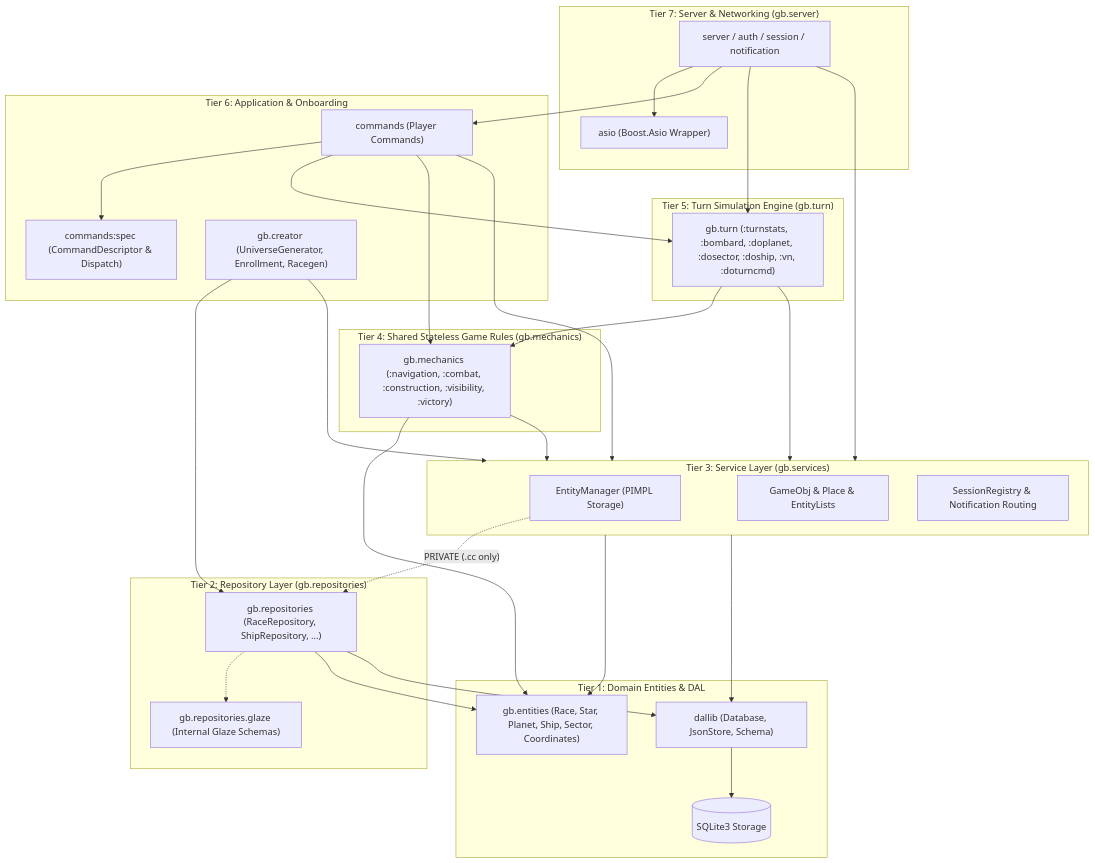
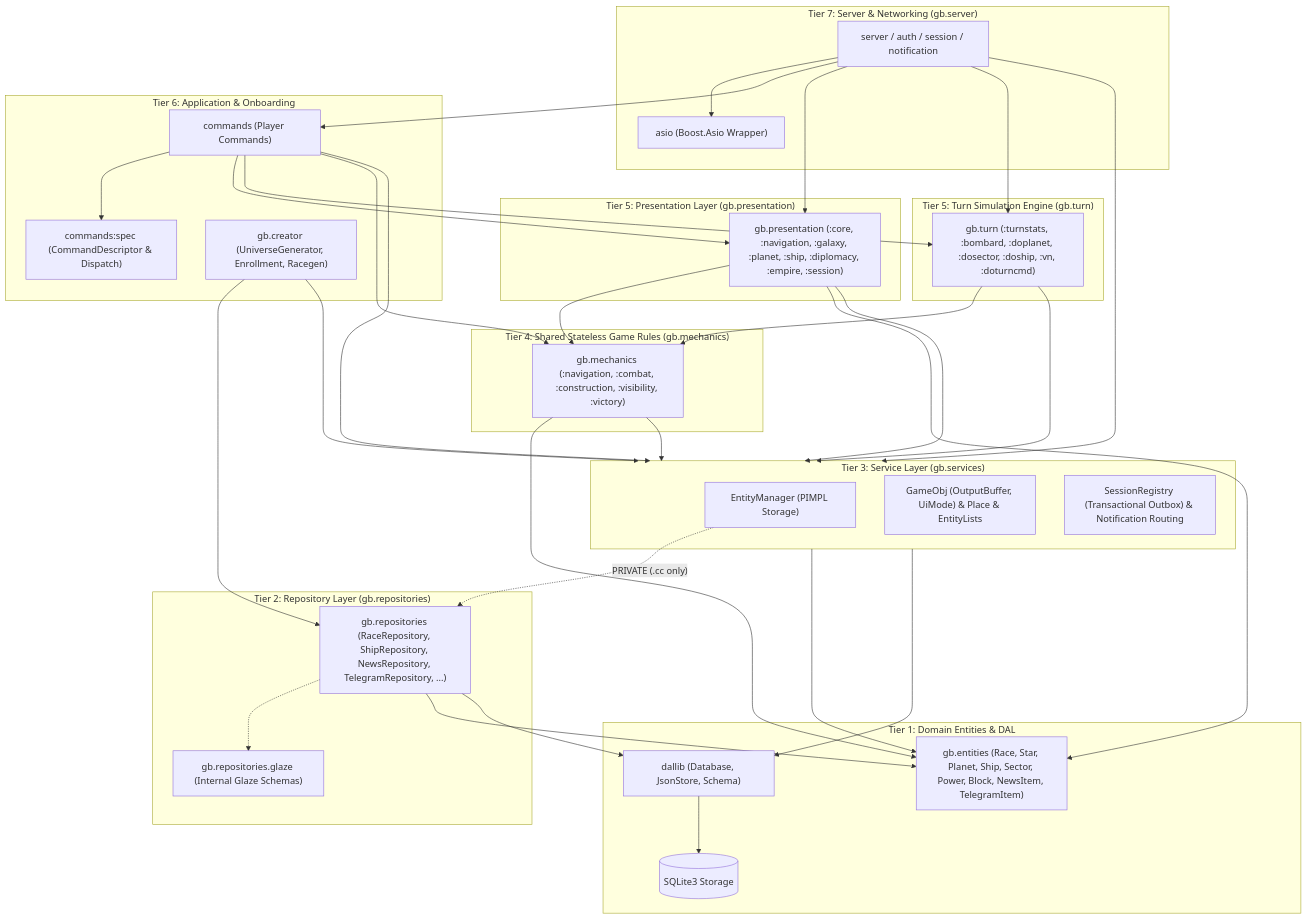
The fourth of 4 diagrams in ARCHITECTURE.md (kaladron/galactic-bloodshed), drawn with Mermaid before and after one commit. The commit also changed other lines of this file and 34 other files, not shown here.

First line of the commit message:
[gb] Synchronize architecture, skill, and domain docs with UI separation

````diff
--- a/ARCHITECTURE.md
+++ b/ARCHITECTURE.md
@@ -675,66 +684,76 @@
 ```mermaid
 graph TD
     subgraph ServerLayer ["Tier 7: Server & Networking (gb.server)"]
         Server["server / auth / session / notification"]
         AsioWrapper["asio (Boost.Asio Wrapper)"]
         Server --> AsioWrapper
     end
 
     subgraph AppLayer ["Tier 6: Application & Onboarding"]
         Commands["commands (Player Commands)"]
         Spec["commands:spec (CommandDescriptor & Dispatch)"]
         Creator["gb.creator (UniverseGenerator, Enrollment, Racegen)"]
         Commands --> Spec
     end
 
+    subgraph PresentationLayer ["Tier 5: Presentation Layer (gb.presentation)"]
+        Presentation["gb.presentation (:core, :navigation, :galaxy, :planet, :ship, :diplomacy, :empire, :session)"]
+    end
+
     subgraph TurnLayer ["Tier 5: Turn Simulation Engine (gb.turn)"]
         Turn["gb.turn (:turnstats, :bombard, :doplanet, :dosector, :doship, :vn, :doturncmd)"]
     end
 
     subgraph MechanicsLayer ["Tier 4: Shared Stateless Game Rules (gb.mechanics)"]
         Mechanics["gb.mechanics (:navigation, :combat, :construction, :visibility, :victory)"]
     end
 
     subgraph ServicesLayer ["Tier 3: Service Layer (gb.services)"]
         EntityMgr["EntityManager (PIMPL Storage)"]
-        GameObjPart["GameObj & Place & EntityLists"]
-        SessionRegPart["SessionRegistry & Notification Routing"]
+        GameObjPart["GameObj (OutputBuffer, UiMode) & Place & EntityLists"]
+        SessionRegPart["SessionRegistry (Transactional Outbox) & Notification Routing"]
     end
 
     subgraph ReposLayer ["Tier 2: Repository Layer (gb.repositories)"]
-        Repos["gb.repositories (RaceRepository, ShipRepository, ...)"]
+        Repos["gb.repositories (RaceRepository, ShipRepository, NewsRepository, TelegramRepository, ...)"]
         GlazeSchemas["gb.repositories.glaze (Internal Glaze Schemas)"]
         Repos -.-> GlazeSchemas
     end
 
     subgraph FoundationLayer ["Tier 1: Domain Entities & DAL"]
-        Entities["gb.entities (Race, Star, Planet, Ship, Sector, Coordinates)"]
+        Entities["gb.entities (Race, Star, Planet, Ship, Sector, Power, Block, NewsItem, TelegramItem)"]
         DAL["dallib (Database, JsonStore, Schema)"]
         SQLite[("SQLite3 Storage")]
         DAL --> SQLite
     end
 
     Server --> Commands
+    Server --> Presentation
     Server --> Turn
     Server --> ServicesLayer
 
+    Commands --> Presentation
     Commands --> Turn
     Commands --> Mechanics
     Commands --> ServicesLayer
+
+    Presentation --> Mechanics
+    Presentation --> ServicesLayer
+    Presentation --> Entities
 
     Creator --> ServicesLayer
     Creator --> Repos
 
     Turn --> Mechanics
     Turn --> ServicesLayer
 
     Mechanics --> ServicesLayer
     Mechanics --> Entities
 
     ServicesLayer --> Entities
     ServicesLayer --> DAL
     EntityMgr -. "PRIVATE (.cc only)" .-> Repos
 
     Repos --> Entities
     Repos --> DAL
 ```
````
